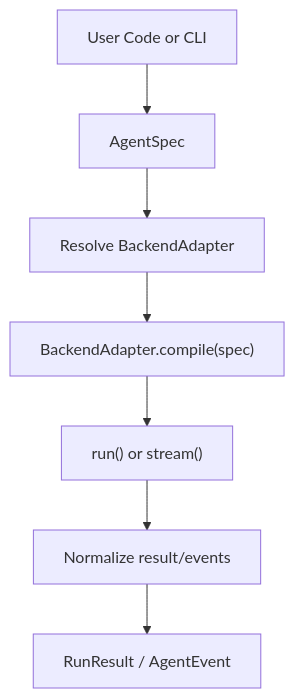
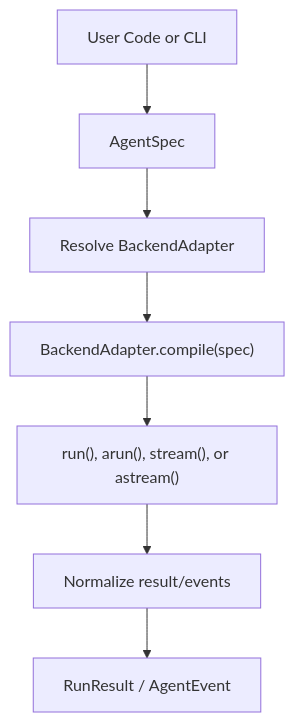
Before and after one commit to 0sparsh2/AgentBridge: the second of 9 diagrams in docs/architecture.md, drawn with Mermaid. The commit also changed other lines of this file and 42 other files, not shown here.

````diff
--- a/docs/architecture.md
+++ b/docs/architecture.md
@@ -46,17 +46,17 @@
 ```mermaid
 flowchart TD
     input["User Code or CLI"]
     spec["AgentSpec"]
     resolve["Resolve BackendAdapter"]
     compile["BackendAdapter.compile(spec)"]
-    execute["run() or stream()"]
+    execute["run(), arun(), stream(), or astream()"]
     normalize["Normalize result/events"]
     output["RunResult / AgentEvent"]
 
     input --> spec
     spec --> resolve
     resolve --> compile
     compile --> execute
     execute --> normalize
     normalize --> output
 ```
````
